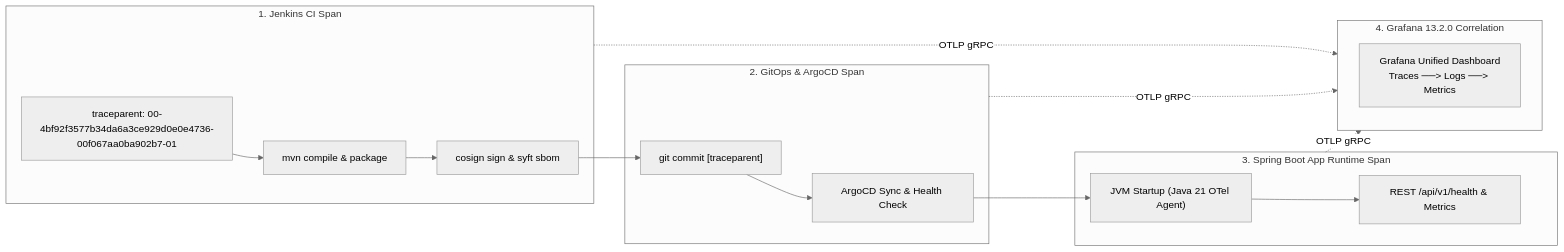
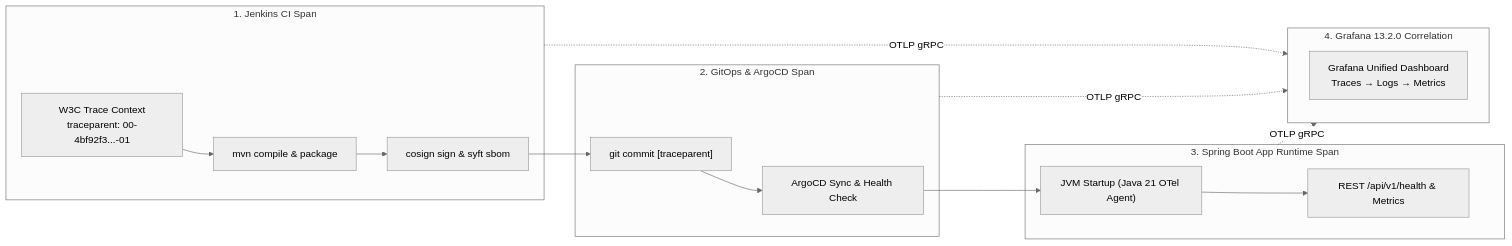
Diagram 11 of 11 in README.md (nubenetes/jenkins-without-git-parameter), drawn with Mermaid (neutral theme) before and after one commit. The commit also changed other lines of this file, not shown here.

Commit message:
docs: optimize Mermaid diagram text wrapping, line breaks, and labels to prevent text truncation

````diff
--- a/README.md
+++ b/README.md
@@ -676,27 +676,27 @@
 ```mermaid
 flowchart LR
     subgraph PipelineSpan["1. Jenkins CI Span"]
-        JTrace["traceparent: 00-4bf92f3577b34da6a3ce929d0e0e4736-00f067aa0ba902b7-01"]
+        JTrace["W3C Trace Context<br/>traceparent: 00-4bf92f3...-01"]
         JBuild["mvn compile & package"]
         JSign["cosign sign & syft sbom"]
     end
 
     subgraph GitOpsSpan["2. GitOps & ArgoCD Span"]
         GCommit["git commit [traceparent]"]
         ASync["ArgoCD Sync & Health Check"]
     end
 
     subgraph AppRuntimeSpan["3. Spring Boot App Runtime Span"]
         AppStart["JVM Startup (Java 21 OTel Agent)"]
         HTTPReq["REST /api/v1/health & Metrics"]
     end
 
     subgraph UnifiedGrafana["4. Grafana 13.2.0 Correlation"]
-        GrafanaDash["Grafana Unified Dashboard<br/>Traces ──> Logs ──> Metrics"]
+        GrafanaDash["Grafana Unified Dashboard<br/>Traces → Logs → Metrics"]
     end
 
     JTrace --> JBuild --> JSign --> GCommit --> ASync --> AppStart --> HTTPReq
-    PipelineSpan -.->|OTLP gRPC| UnifiedGrafana
-    GitOpsSpan -.->|OTLP gRPC| UnifiedGrafana
-    AppRuntimeSpan -.->|OTLP gRPC| UnifiedGrafana
+    PipelineSpan -.->|"OTLP gRPC"| UnifiedGrafana
+    GitOpsSpan -.->|"OTLP gRPC"| UnifiedGrafana
+    AppRuntimeSpan -.->|"OTLP gRPC"| UnifiedGrafana
 ```
````
